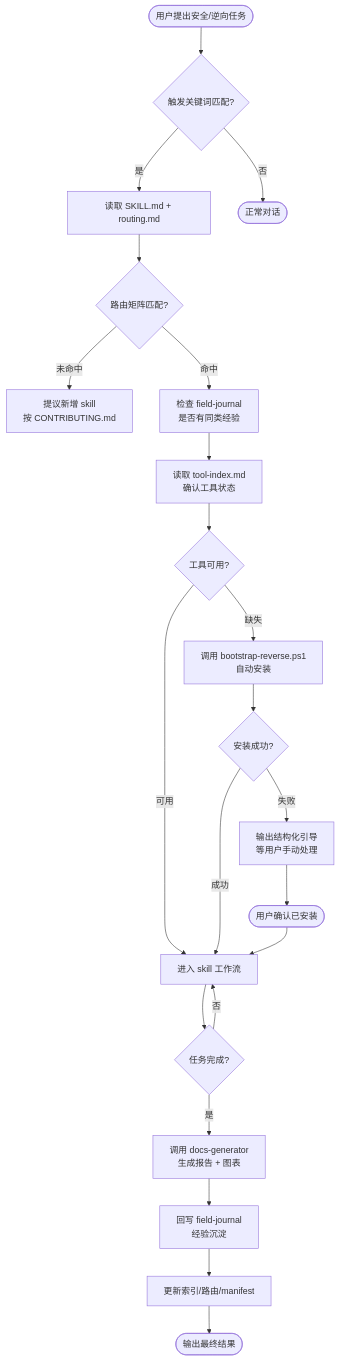
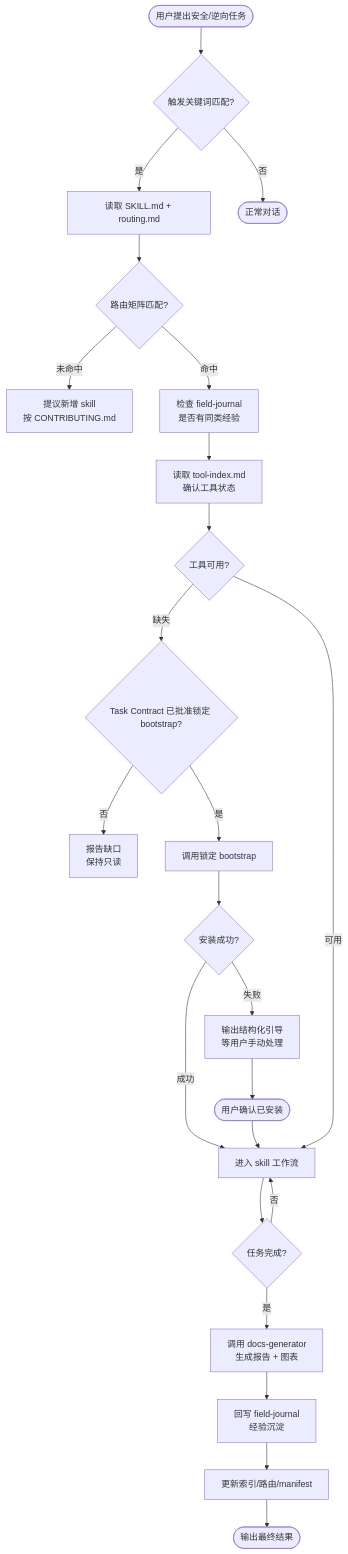
The first of 7 diagrams in reverse-skill/ARCHITECTURE.md (junweiwu0224/codex-workflow-kit), drawn with Mermaid before and after one commit. The commit also changed other lines of this file and 180 other files, not shown here.

````diff
--- a/reverse-skill/ARCHITECTURE.md
+++ b/reverse-skill/ARCHITECTURE.md
@@ -5,30 +5,32 @@
 ```mermaid
 flowchart TD
     Start([用户提出安全/逆向任务]) --> Detect{触发关键词匹配?}
     Detect -->|是| ReadRouting[读取 SKILL.md + routing.md]
     Detect -->|否| Normal([正常对话])
     
     ReadRouting --> RouteMatch{路由矩阵匹配?}
     RouteMatch -->|未命中| ProposeNew[提议新增 skill<br/>按 CONTRIBUTING.md]
     RouteMatch -->|命中| CheckJournal[检查 field-journal<br/>是否有同类经验]
     
     CheckJournal --> CheckTools[读取 tool-index.md<br/>确认工具状态]
     CheckTools --> ToolOK{工具可用?}
     
-    ToolOK -->|缺失| Bootstrap[调用 bootstrap-reverse.ps1<br/>自动安装]
+    ToolOK -->|缺失| Approval{Task Contract 已批准锁定 bootstrap?}
+    Approval -->|否| Manual[报告缺口<br/>保持只读]
+    Approval -->|是| Bootstrap[调用锁定 bootstrap]
     ToolOK -->|可用| Execute[进入 skill 工作流]
     
     Bootstrap --> BootOK{安装成功?}
     BootOK -->|成功| Execute
     BootOK -->|失败| Guide[输出结构化引导<br/>等用户手动处理]
     Guide --> UserConfirm([用户确认已安装])
     UserConfirm --> Execute
     
     Execute --> TaskDone{任务完成?}
     TaskDone -->|否| Execute
     TaskDone -->|是| GenReport[调用 docs-generator<br/>生成报告 + 图表]
     
     GenReport --> WriteJournal[回写 field-journal<br/>经验沉淀]
     WriteJournal --> UpdateIndex[更新索引/路由/manifest]
     UpdateIndex --> Output([输出最终结果])
 ```
````
